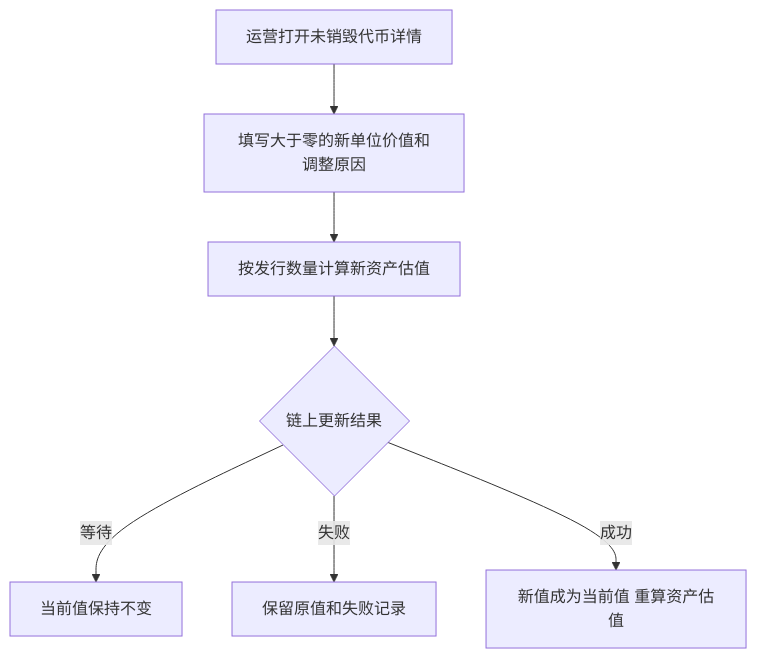
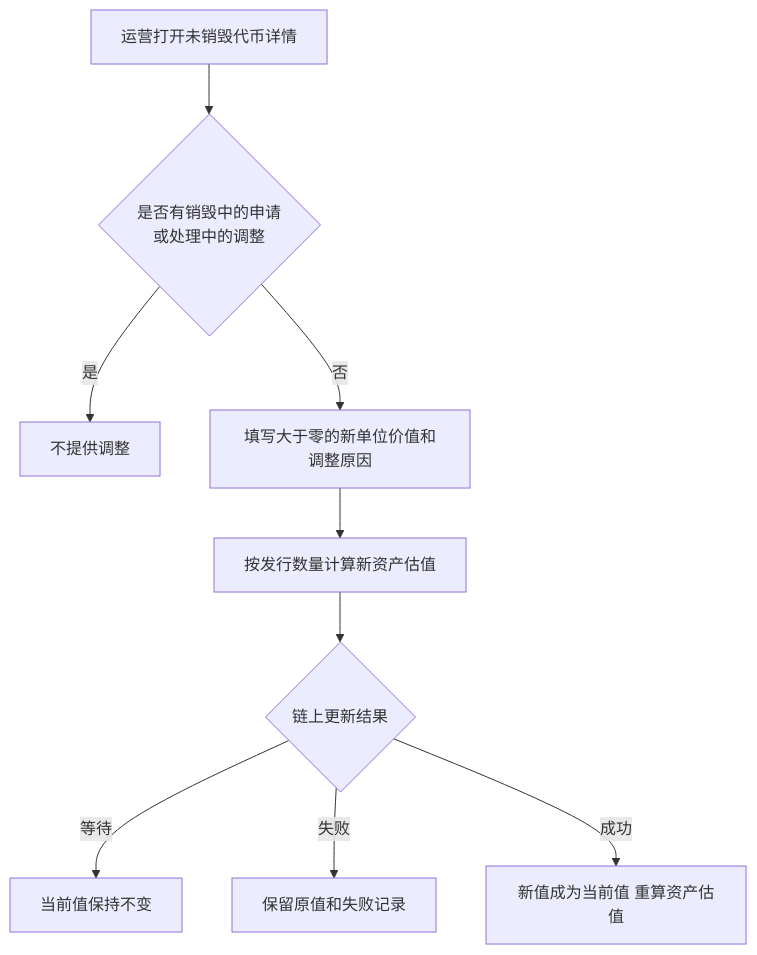
One commit to wxblockchain/Chain-Financing changed the fifth of 5 diagrams in token-issuance-platform/PRD/管理端/M4b-销毁审核与解除质押/02-销毁审核与解除质押-流程图与状态机.md. Above: the diagram before and after it, drawn with Mermaid. The commit also changed 3 other files, not shown here.

````diff
--- a/token-issuance-platform/PRD/管理端/M4b-销毁审核与解除质押/02-销毁审核与解除质押-流程图与状态机.md
+++ b/token-issuance-platform/PRD/管理端/M4b-销毁审核与解除质押/02-销毁审核与解除质押-流程图与状态机.md
@@ -96,9 +96,11 @@
 ```mermaid
 flowchart TD
-    A[运营打开未销毁代币详情] --> B[填写大于零的新单位价值和调整原因]
+    A[运营打开未销毁代币详情] --> A1{是否有销毁中的申请<br/>或处理中的调整}
+    A1 -->|是| A2[不提供调整]
+    A1 -->|否| B[填写大于零的新单位价值和调整原因]
     B --> C[按发行数量计算新资产估值]
     C --> D{链上更新结果}
     D -->|等待| E[当前值保持不变]
     D -->|失败| F[保留原值和失败记录]
     D -->|成功| G[新值成为当前值 重算资产估值]
 ```
````
